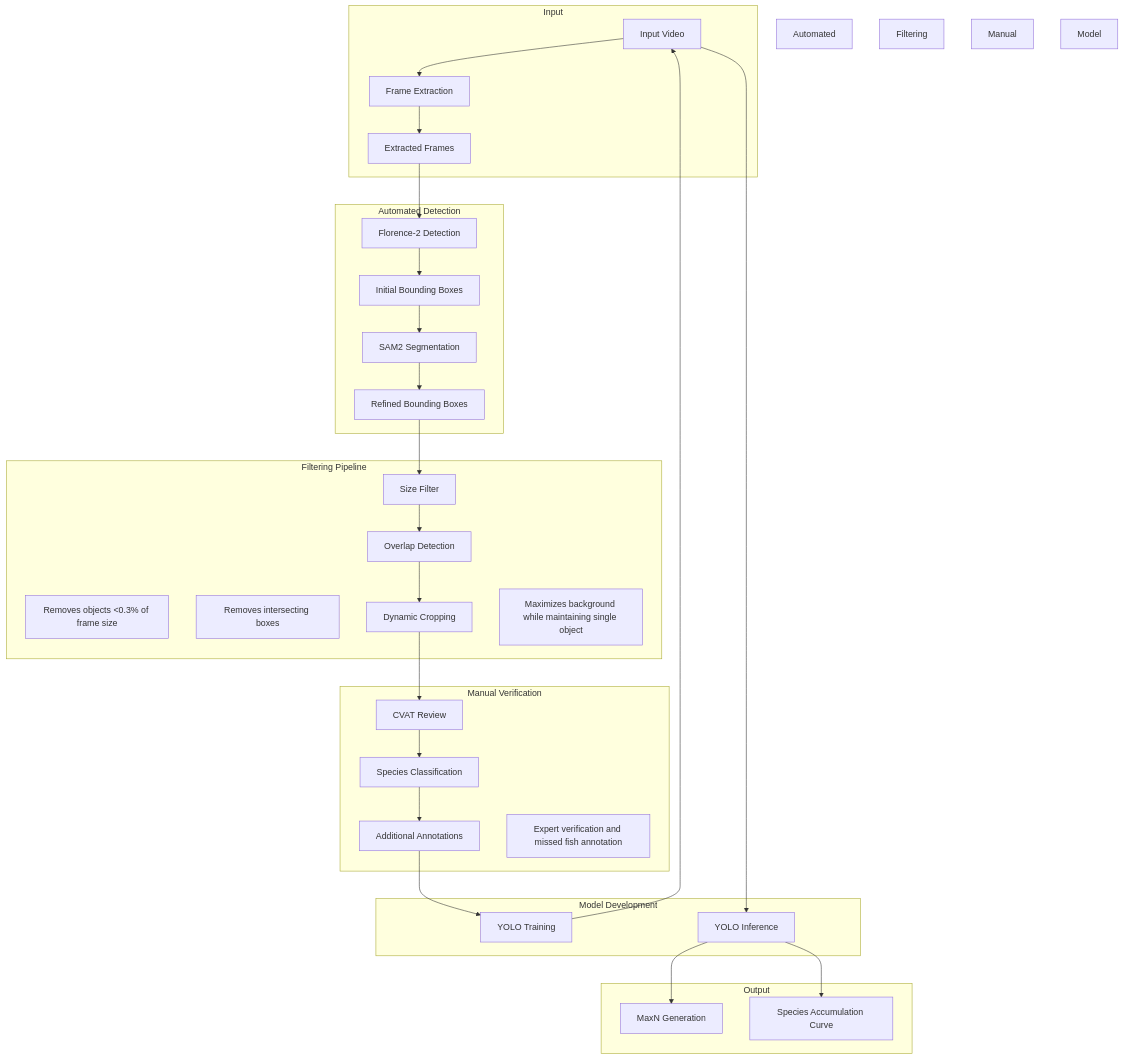
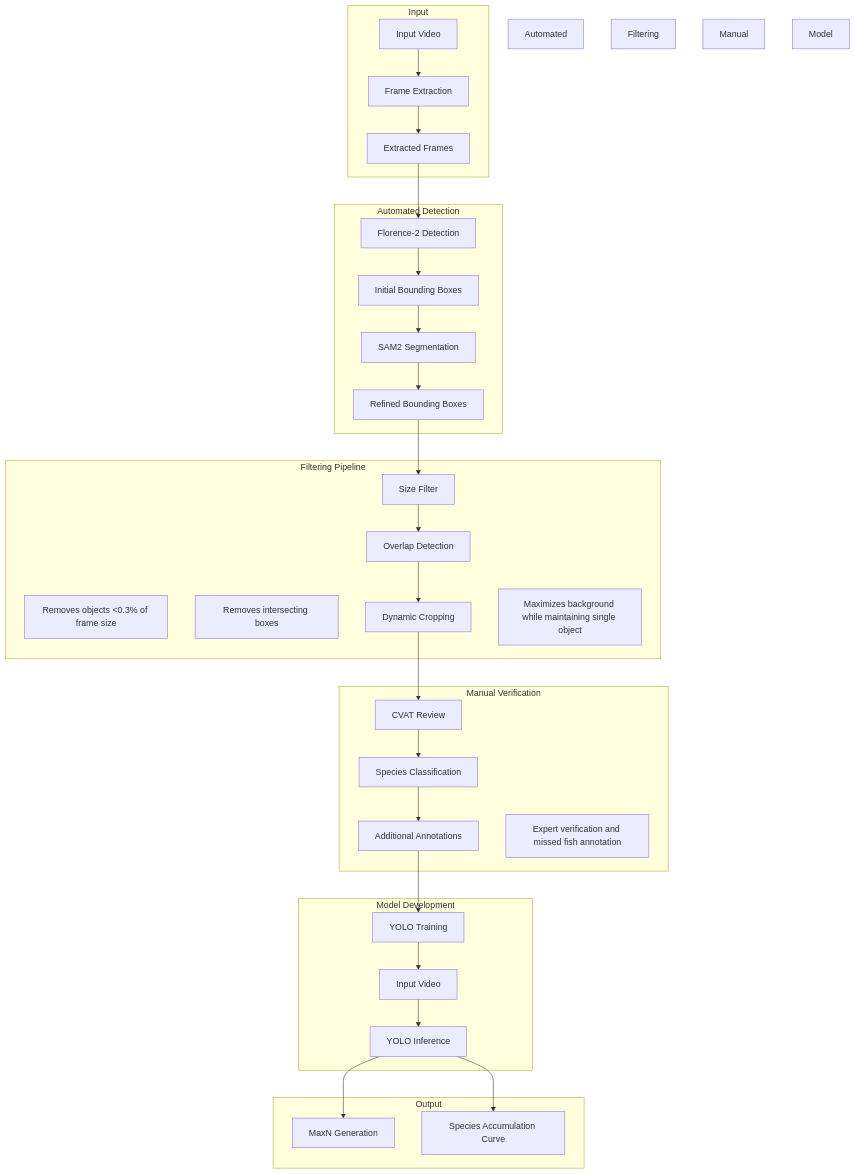
One commit to neez777/FishAnalytics changed the diagram in flowchart.mmd. Above: the diagram before and after it, drawn with Mermaid.

```diff
--- a/flowchart.mmd
+++ b/flowchart.mmd
@@ -1,44 +1,44 @@
 flowchart TB
     subgraph Input
         vid[Input Video] --> fe[Frame Extraction]
         fe --> frames[Extracted Frames]
     end
     
     subgraph Automated Detection
         frames --> f2[Florence-2 Detection]
         f2 --> f2bb[Initial Bounding Boxes]
         f2bb --> sam2[SAM2 Segmentation]
         sam2 --> sambb[Refined Bounding Boxes]
     end
     
     subgraph Filtering Pipeline
         sambb --> size[Size Filter]
         note1[Removes objects <0.3% of frame size]
         size --> overlap[Overlap Detection]
         note2[Removes intersecting boxes]
         overlap --> crop[Dynamic Cropping]
         note3[Maximizes background while maintaining single object]
     end
     
     subgraph Manual Verification
         crop --> cvat[CVAT Review]
         cvat --> speciesID[Species Classification]
         speciesID --> add[Additional Annotations]
         note4[Expert verification and missed fish annotation]
     end
     
     subgraph Model Development
         add --> train[YOLO Training]
-        train --> vid
-        vid --> inf[YOLO Inference]
+        train --> vidinf[Input Video]
+        vidinf --> inf[YOLO Inference]
     end
     
     subgraph Output
         inf --> maxn[MaxN Generation]
         inf --> sac[Species Accumulation Curve]
     end
 
     style Automated Detection fill:#e6f3ff
     style Filtering Pipeline fill:#fff0e6
     style Manual Verification fill:#f0f9e8
     style Model Development fill:#f5e6ff
```
